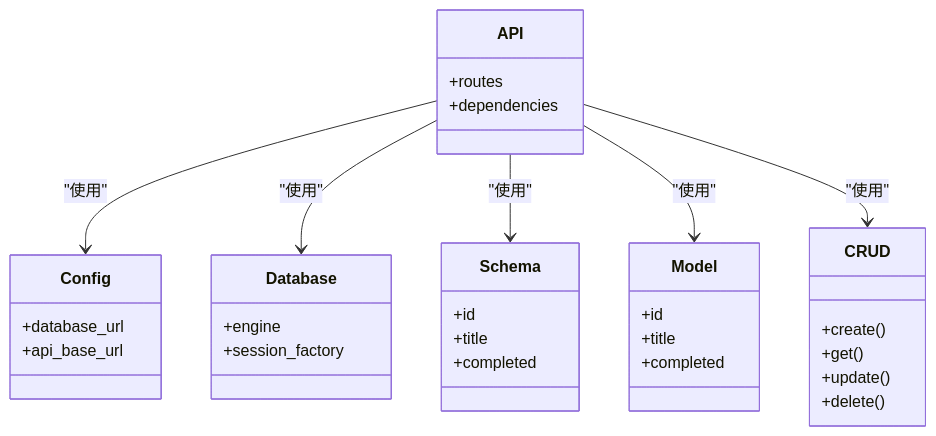
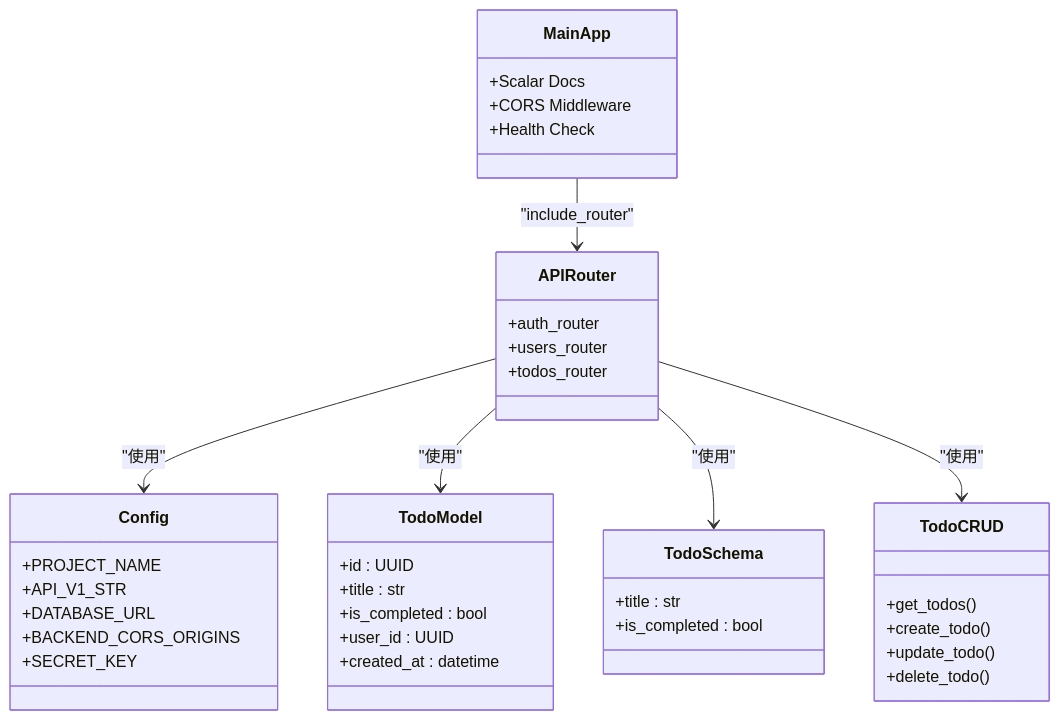
Before and after one commit to ss8806/Todos: the third of 6 diagrams in .qoder/repowiki/ja/content/プロジェクト概要.md, drawn with Mermaid. The commit also changed other lines of this file and 6 other files, not shown here.

````diff
--- a/.qoder/repowiki/ja/content/プロジェクト概要.md
+++ b/.qoder/repowiki/ja/content/プロジェクト概要.md
@@ -155,36 +174,42 @@
 ```mermaid
 classDiagram
 class Config {
-+database_url
-+api_base_url
++PROJECT_NAME
++API_V1_STR
++DATABASE_URL
++BACKEND_CORS_ORIGINS
++SECRET_KEY
 }
-class Database {
-+engine
-+session_factory
+class TodoModel {
++id : UUID
++title : str
++is_completed : bool
++user_id : UUID
++created_at : datetime
 }
-class Schema {
-+id
-+title
-+completed
+class TodoSchema {
++title : str
++is_completed : bool
 }
-class Model {
-+id
-+title
-+completed
+class TodoCRUD {
++get_todos()
++create_todo()
++update_todo()
++delete_todo()
 }
-class CRUD {
-+create()
-+get()
-+update()
-+delete()
+class APIRouter {
++auth_router
++users_router
++todos_router
 }
-class API {
-+routes
-+dependencies
+class MainApp {
++Scalar Docs
++CORS Middleware
++Health Check
 }
-API --> Config : "使用"
-API --> Database : "使用"
-API --> Schema : "使用"
-API --> Model : "使用"
-API --> CRUD : "使用"
+MainApp --> APIRouter : "include_router"
+APIRouter --> Config : "使用"
+APIRouter --> TodoModel : "使用"
+APIRouter --> TodoSchema : "使用"
+APIRouter --> TodoCRUD : "使用"
 ```
````
